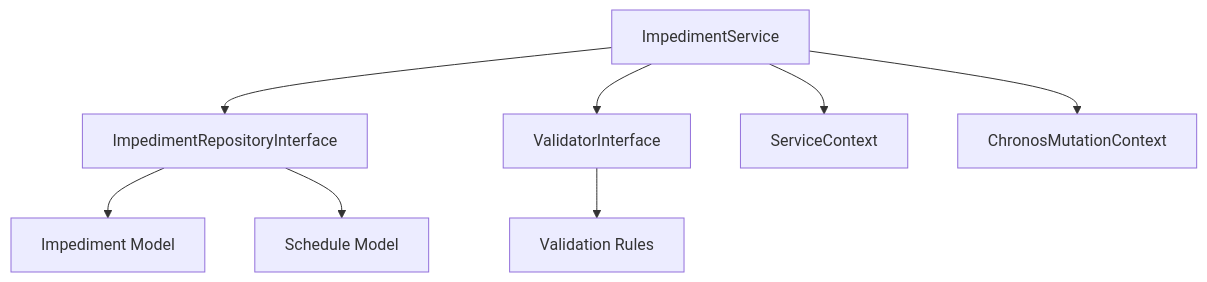
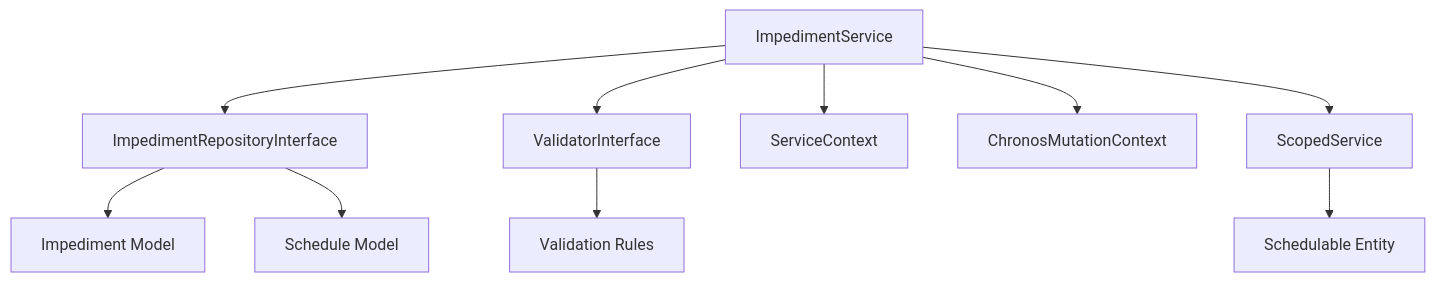
One commit to andydefer/laravel-chronos changed the diagram in docs/api-reference/services/impediment-service.md. Above: the diagram before and after it, drawn with Mermaid. The commit also changed other lines of this file and 8 other files, not shown here.

````diff
--- a/docs/api-reference/services/impediment-service.md
+++ b/docs/api-reference/services/impediment-service.md
@@ -324,10 +416,12 @@
 ```mermaid
 graph TD
     A[ImpedimentService] --> B[ImpedimentRepositoryInterface]
     A --> C[ValidatorInterface]
     A --> D[ServiceContext]
     A --> E[ChronosMutationContext]
-    B --> F[Impediment Model]
-    B --> G[Schedule Model]
-    C --> H[Validation Rules]
+    A --> F[ScopedService]
+    B --> G[Impediment Model]
+    B --> H[Schedule Model]
+    C --> I[Validation Rules]
+    F --> J[Schedulable Entity]
 ```
````
